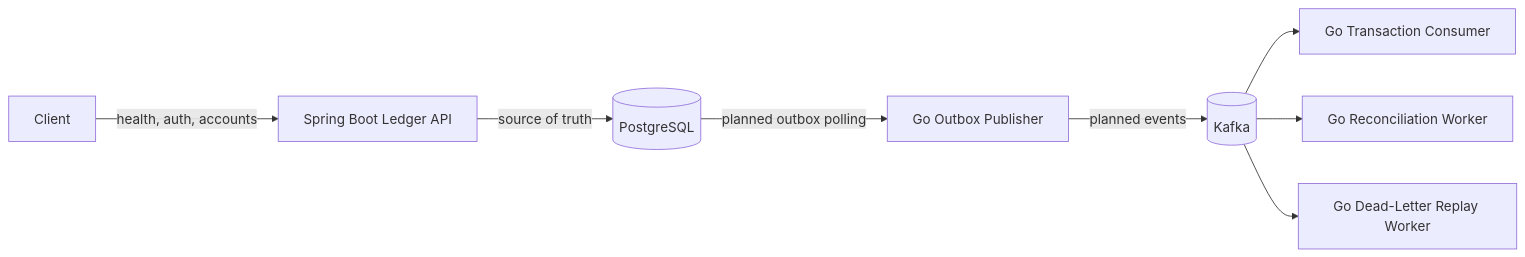
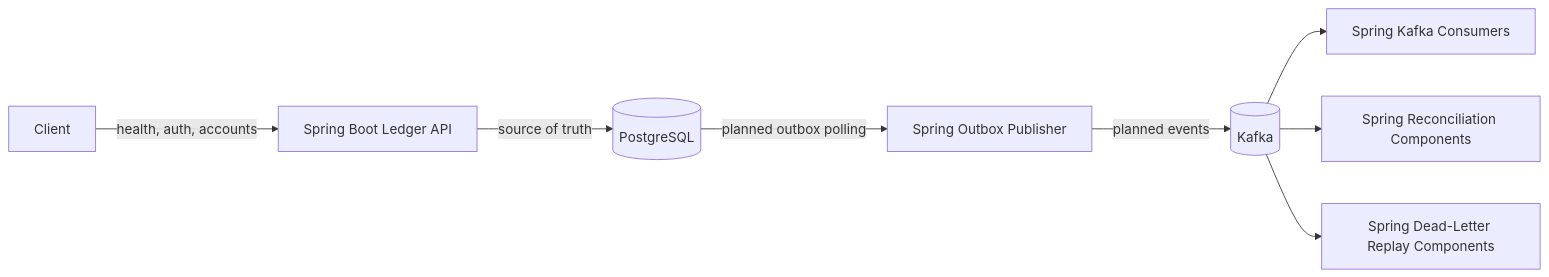
The first of 2 diagrams in README.md (fanryan/ledgerflow), drawn with Mermaid before and after one commit. The commit also changed other lines of this file and 7 other files, not shown here.

````diff
--- a/README.md
+++ b/README.md
@@ -50,19 +50,19 @@
 ```mermaid
 flowchart LR
     Client[Client]
     API[Spring Boot Ledger API]
     DB[(PostgreSQL)]
-    Outbox[Go Outbox Publisher]
+    Outbox[Spring Outbox Publisher]
     Kafka[(Kafka)]
-    TxConsumer[Go Transaction Consumer]
-    Reconciliation[Go Reconciliation Worker]
-    Deadletter[Go Dead-Letter Replay Worker]
+    TxConsumer[Spring Kafka Consumers]
+    Reconciliation[Spring Reconciliation Components]
+    Deadletter[Spring Dead-Letter Replay Components]
 
     Client -->|health, auth, accounts| API
     API -->|source of truth| DB
     DB -->|planned outbox polling| Outbox
     Outbox -->|planned events| Kafka
     Kafka --> TxConsumer
     Kafka --> Reconciliation
     Kafka --> Deadletter
 ```
````
